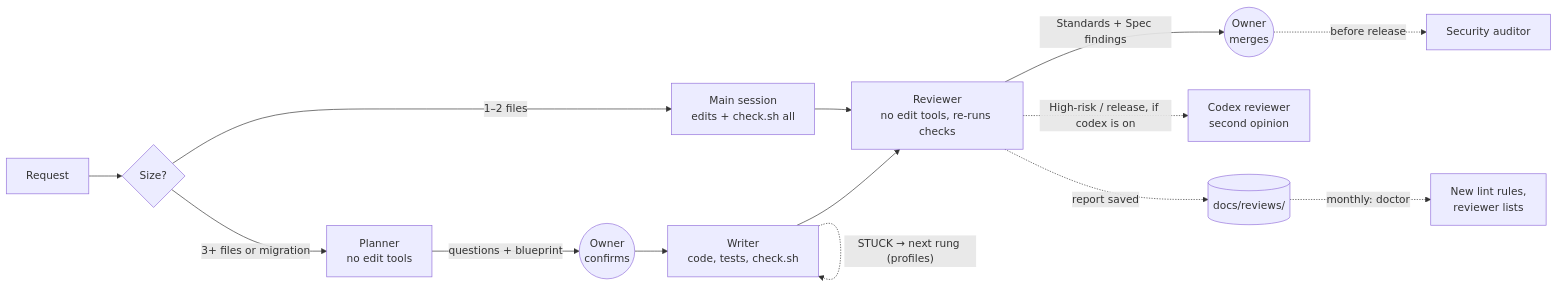
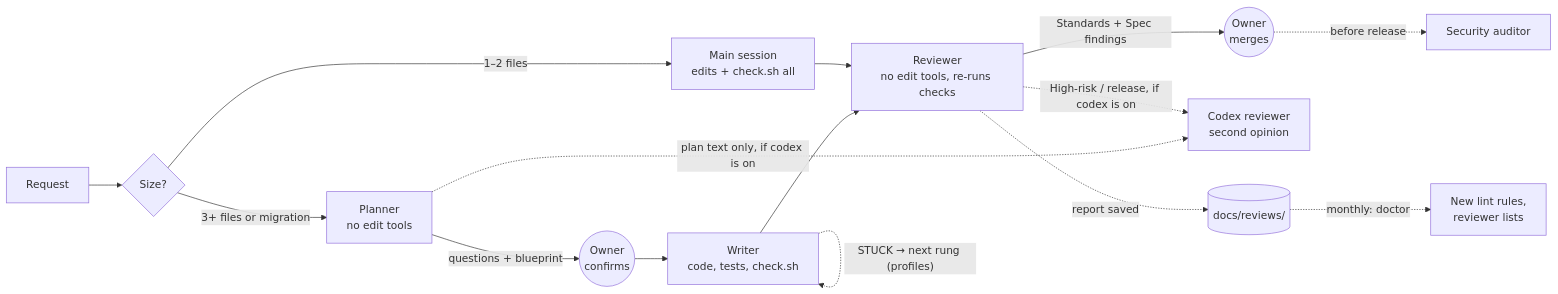
Before and after one commit to sam-pop/claude-code-workflow-kit: the first of 3 diagrams in README.md, drawn with Mermaid. The commit also changed other lines of this file and 38 other files, not shown here.

````diff
--- a/README.md
+++ b/README.md
@@ -141,16 +141,17 @@
 ```mermaid
 flowchart LR
     R[Request] --> S{Size?}
     S -- "1–2 files" --> M[Main session<br/>edits + check.sh all]
     S -- "3+ files or migration" --> P[Planner<br/>no edit tools]
     P -- "questions + blueprint" --> O((Owner<br/>confirms))
     O --> W[Writer<br/>code, tests, check.sh]
     M --> V[Reviewer<br/>no edit tools, re-runs checks]
     W --> V
     V -- "Standards + Spec findings" --> H((Owner<br/>merges))
     H -. "before release" .-> A[Security auditor]
     V -. "High-risk / release, if codex is on" .-> X[Codex reviewer<br/>second opinion]
+    P -. "plan text only, if codex is on" .-> X
     W -. "STUCK → next rung (profiles)" .-> W
     V -. "report saved" .-> L[(docs/reviews/)]
     L -. "monthly: doctor" .-> K[New lint rules,<br/>reviewer lists]
 ```
````
